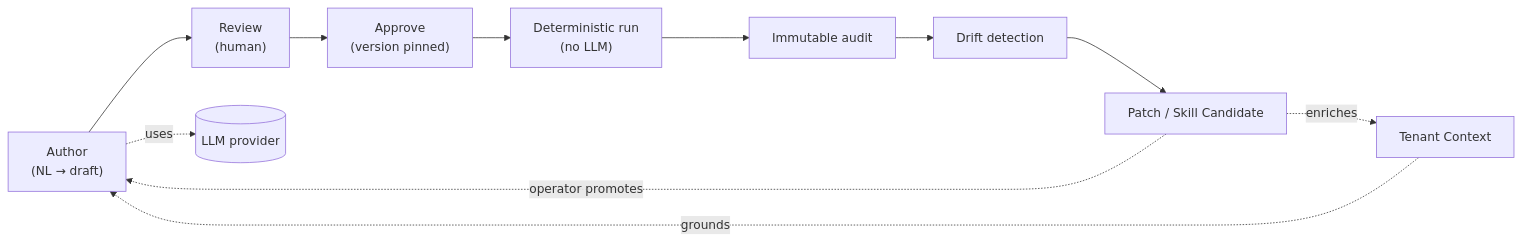
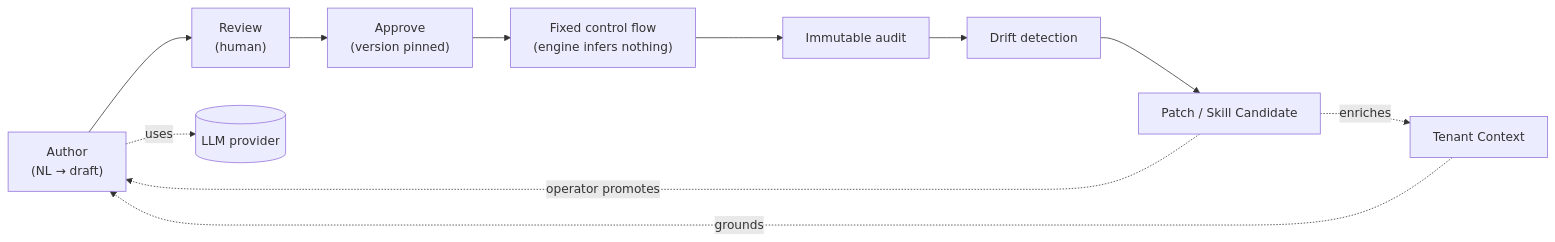
One commit to MikeBild/subkit changed the second of 2 diagrams in docs/concepts/overview.md. Above: the diagram before and after it, drawn with Mermaid. The commit also changed other lines of this file and 65 other files, not shown here.

````diff
--- a/docs/concepts/overview.md
+++ b/docs/concepts/overview.md
@@ -56,14 +57,14 @@
 ```mermaid
 flowchart LR
     Author["Author<br/>(NL → draft)"] --> Review["Review<br/>(human)"]
     Review --> Approve["Approve<br/>(version pinned)"]
-    Approve --> Run["Deterministic run<br/>(no LLM)"]
+    Approve --> Run["Fixed control flow<br/>(engine infers nothing)"]
     Run --> Audit["Immutable audit"]
     Audit --> Drift["Drift detection"]
     Drift --> Candidate["Patch / Skill Candidate"]
     Candidate -. operator promotes .-> Author
 
     Author -. uses .-> LLM[("LLM provider")]
     Candidate -. enriches .-> Ctx["Tenant Context"]
     Ctx -. grounds .-> Author
 ```
````
